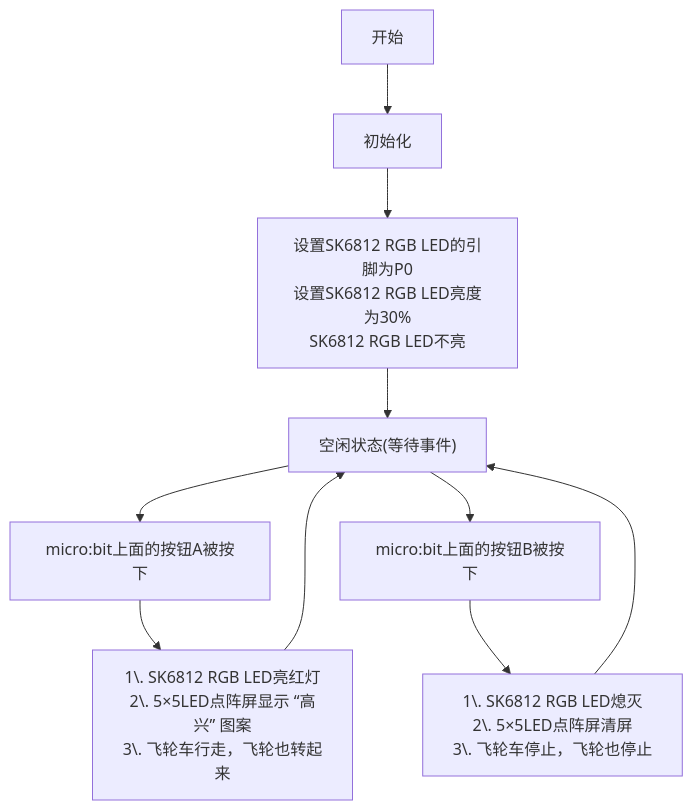
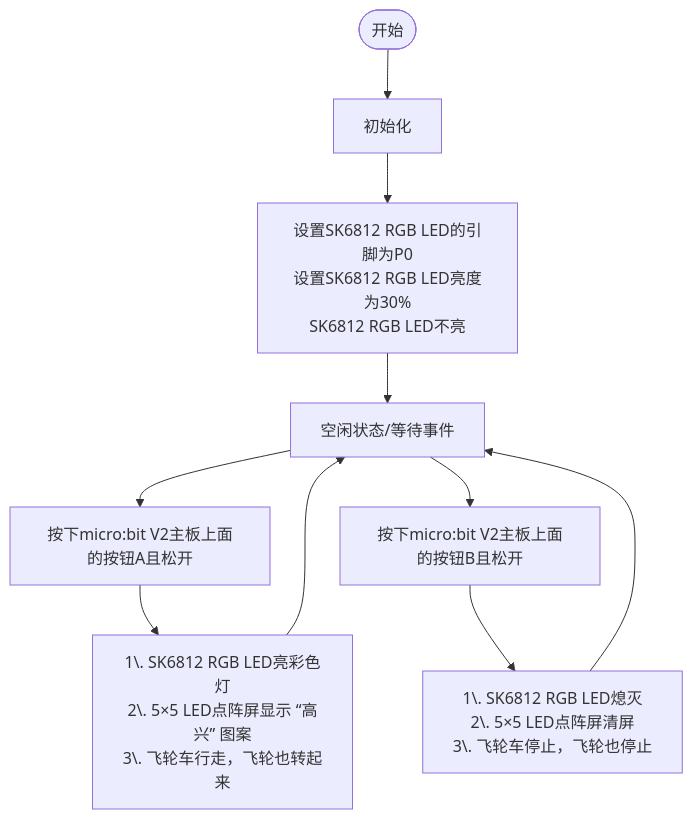
Before and after one commit to keyestudio/KS0604-Keyestudio-Microbit-8-1-: the diagram in docs/MakeCode_教程/Projects/课程05.md, drawn with Mermaid. The commit also changed other lines of this file and 235 other files, not shown here.

````diff
--- a/docs/MakeCode_教程/Projects/课程05.md
+++ b/docs/MakeCode_教程/Projects/课程05.md
@@ -38,17 +38,17 @@
 ```mermaid
 flowchart TD
-    Start["开始"] --> OnInit1["初始化"]
+    Start([开始]) --> OnInit1[初始化]
 
-    OnInit1 --> OnInit2["设置SK6812 RGB LED的引脚为P0<br>设置SK6812 RGB LED亮度为30%<br>SK6812 RGB LED不亮"]
+    OnInit1 --> OnInit2[设置SK6812 RGB LED的引脚为P0<br>设置SK6812 RGB LED亮度为30%<br>SK6812 RGB LED不亮]
     
-    OnInit2 --> IdleState["空闲状态(等待事件)"]
+    OnInit2 --> IdleState[空闲状态/等待事件]
     
-    IdleState --> EventBtnA["micro:bit上面的按钮A被按下"]
-    IdleState --> EventBtnB["micro:bit上面的按钮B被按下"]
+    IdleState --> EventBtnA[按下micro:bit V2主板上面的按钮A且松开]
+    IdleState --> EventBtnB[按下micro:bit V2主板上面的按钮B且松开]
 
-    EventBtnA --> BtnAAction["1\. SK6812 RGB LED亮红灯<br>2\. 5×5LED点阵屏显示 “高兴” 图案<br>3\. 飞轮车行走，飞轮也转起来"]
+    EventBtnA --> BtnAAction[1\. SK6812 RGB LED亮彩色灯<br>2\. 5×5 LED点阵屏显示 “高兴” 图案<br>3\. 飞轮车行走，飞轮也转起来]
     BtnAAction --> IdleState
 
-    EventBtnB --> BtnBAction["1\. SK6812 RGB LED熄灭<br>2\. 5×5LED点阵屏清屏<br>3\. 飞轮车停止，飞轮也停止"]
+    EventBtnB --> BtnBAction[1\. SK6812 RGB LED熄灭<br>2\. 5×5 LED点阵屏清屏<br>3\. 飞轮车停止，飞轮也停止]
     BtnBAction --> IdleState
 ```
````
